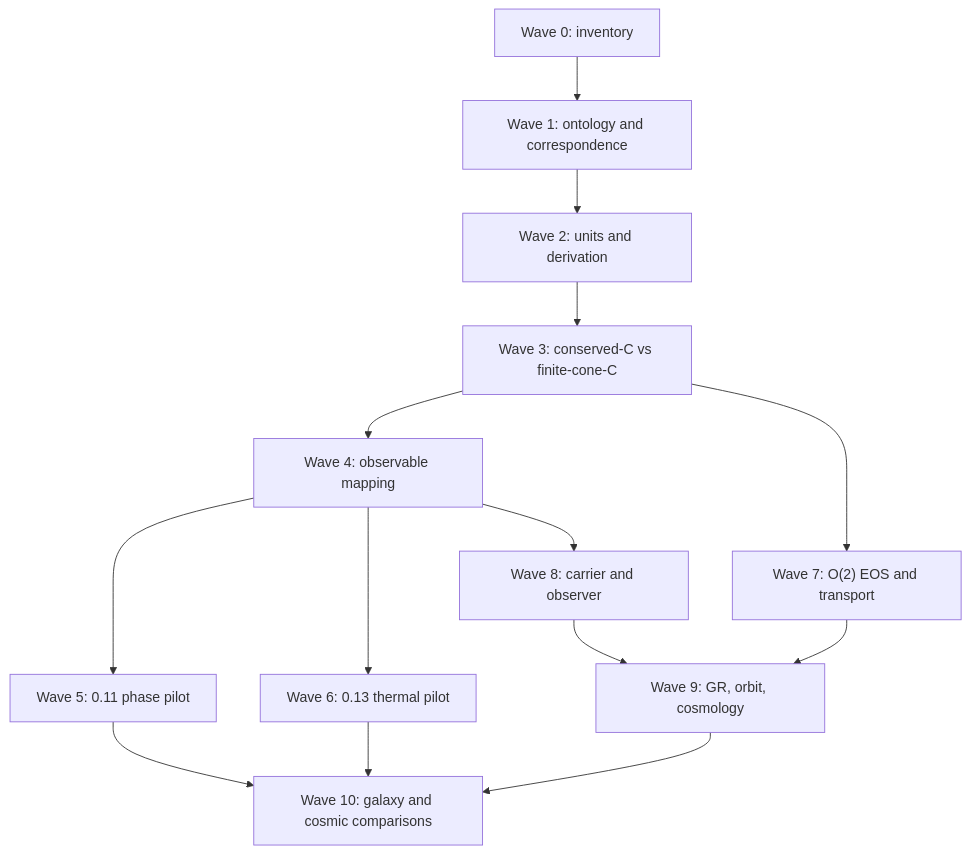
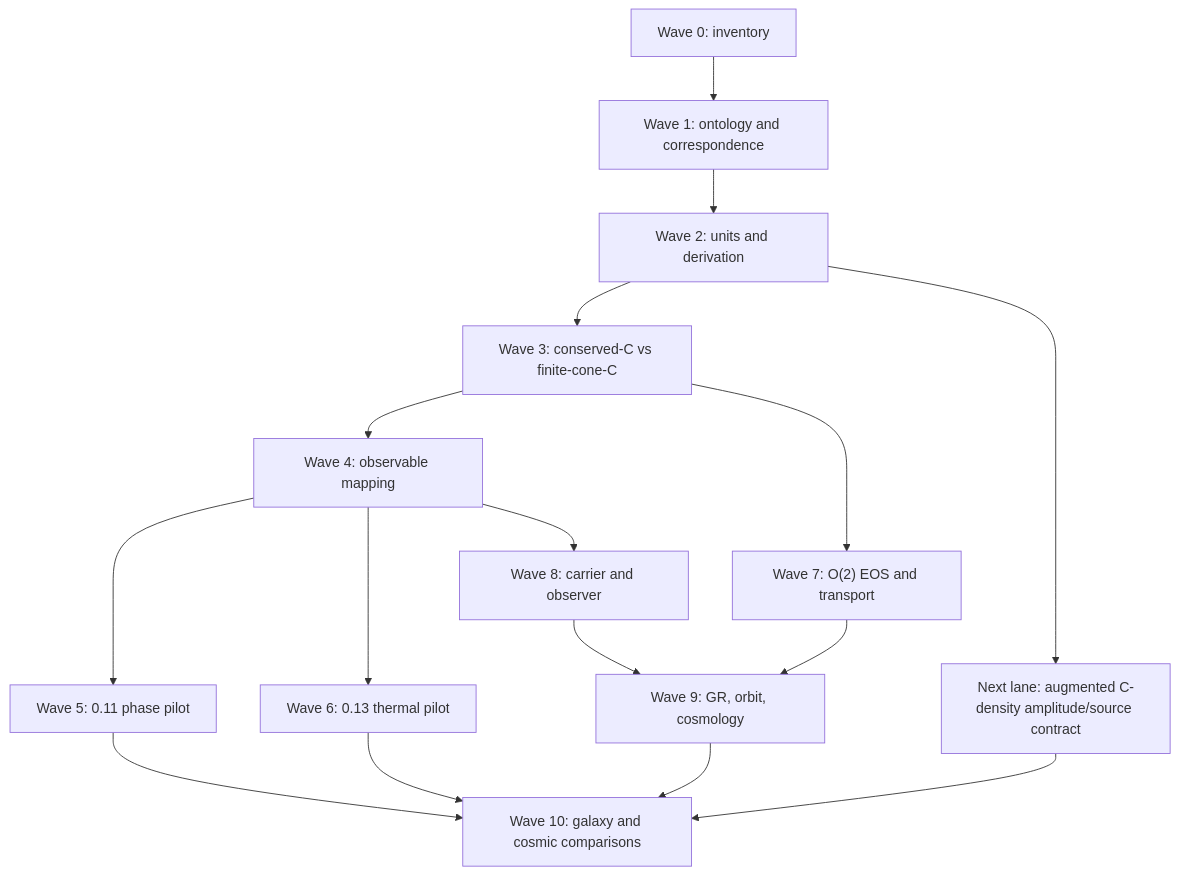
Before and after one commit to ellipszist/unityequilibriumtheory: the diagram in docs/core/UET_RESEARCH_DEPENDENCY_GRAPH.md, drawn with Mermaid. The commit also changed other lines of this file and 19 other files, not shown here.

Commit message:
research(core): add explicit C-density amplitude contract

````diff
--- a/docs/core/UET_RESEARCH_DEPENDENCY_GRAPH.md
+++ b/docs/core/UET_RESEARCH_DEPENDENCY_GRAPH.md
@@ -3,16 +3,18 @@
 ```mermaid
 flowchart TD
   F0["Wave 0: inventory"] --> F1["Wave 1: ontology and correspondence"]
   F1 --> F2["Wave 2: units and derivation"]
   F2 --> F3["Wave 3: conserved-C vs finite-cone-C"]
   F3 --> F4["Wave 4: observable mapping"]
   F4 --> P11["Wave 5: 0.11 phase pilot"]
   F4 --> P13["Wave 6: 0.13 thermal pilot"]
   F3 --> E["Wave 7: O(2) EOS and transport"]
   F4 --> C["Wave 8: carrier and observer"]
   E --> G["Wave 9: GR, orbit, cosmology"]
   C --> G
   P11 --> A["Wave 10: galaxy and cosmic comparisons"]
   P13 --> A
   G --> A
+  F2 --> D["Next lane: augmented C-density amplitude/source contract"]
+  D --> A
 ```
````
